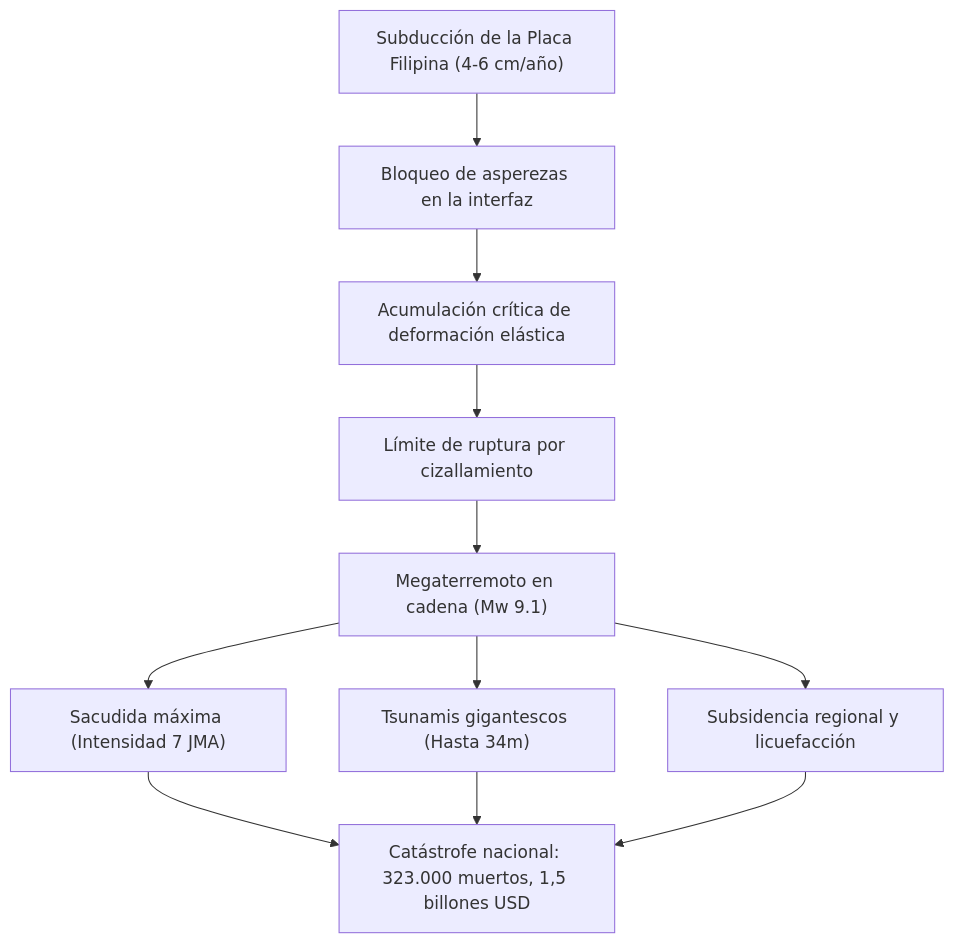
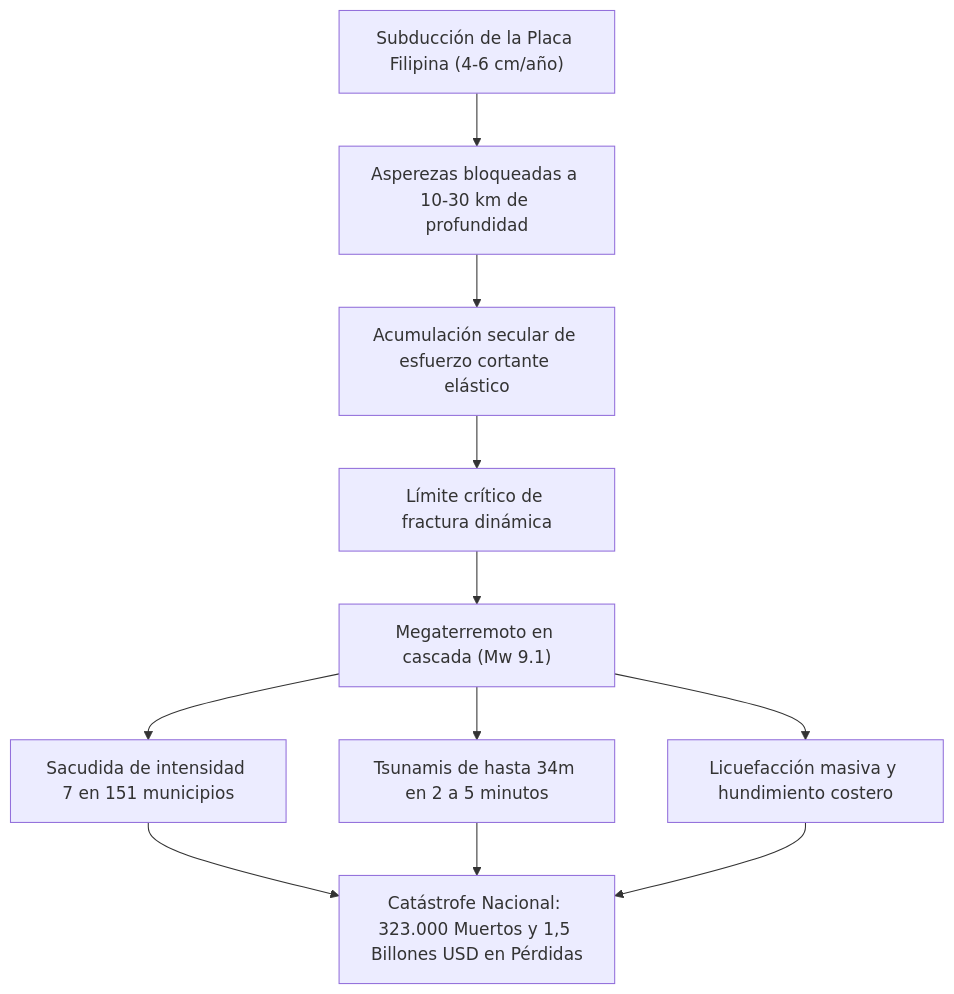
The diagram in content/post/nankai-trough-megathrust-earthquake-scientific-guide-disaster-prevention/index.es.md (kenjinote/blog), drawn with Mermaid before and after one commit. The commit also changed other lines of this file and 12 other files, not shown here.

````diff
--- a/content/post/nankai-trough-megathrust-earthquake-scientific-guide-disaster-prevention/index.es.md
+++ b/content/post/nankai-trough-megathrust-earthquake-scientific-guide-disaster-prevention/index.es.md
@@ -17,13 +27,11 @@
 ```mermaid
 flowchart TD
-    P1["Subducción de la Placa Filipina (4-6 cm/año)"] --> P2["Bloqueo de asperezas en la interfaz"]
-    P2 --> P3["Acumulación crítica de deformación elástica"]
-    P3 --> P4["Límite de ruptura por cizallamiento"]
-    P4 --> P5["Megaterremoto en cadena (Mw 9.1)"]
-    P5 --> E1["Sacudida máxima (Intensidad 7 JMA)"]
-    P5 --> E2["Tsunamis gigantescos (Hasta 34m)"]
-    P5 --> E3["Subsidencia regional y licuefacción"]
-    E1 --> TOTAL["Catástrofe nacional: 323.000 muertos, 1,5 billones USD"]
-    E2 --> TOTAL
-    E3 --> TOTAL
+    P1["Subducción de la Placa Filipina (4-6 cm/año)"] --> P2["Asperezas bloqueadas a 10-30 km de profundidad"]
+    P2 --> P3["Acumulación secular de esfuerzo cortante elástico"]
+    P3 --> P4["Límite crítico de fractura dinámica"]
+    P4 --> P5["Megaterremoto en cascada (Mw 9.1)"]
+    P5 --> E1["Sacudida de intensidad 7 en 151 municipios"]
+    P5 --> E2["Tsunamis de hasta 34m en 2 a 5 minutos"]
+    P5 --> E3["Licuefacción masiva y hundimiento costero"]
+    E1 & E2 & E3 --> TOTAL["Catástrofe Nacional: 323.000 Muertos y 1,5 Billones USD en Pérdidas"]
 ```
````
